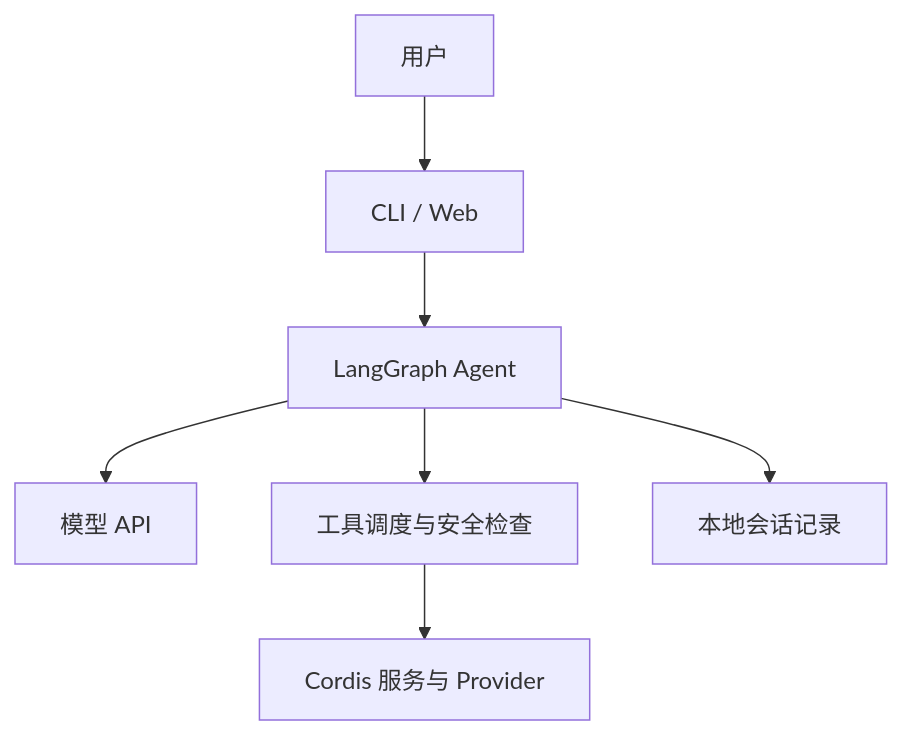
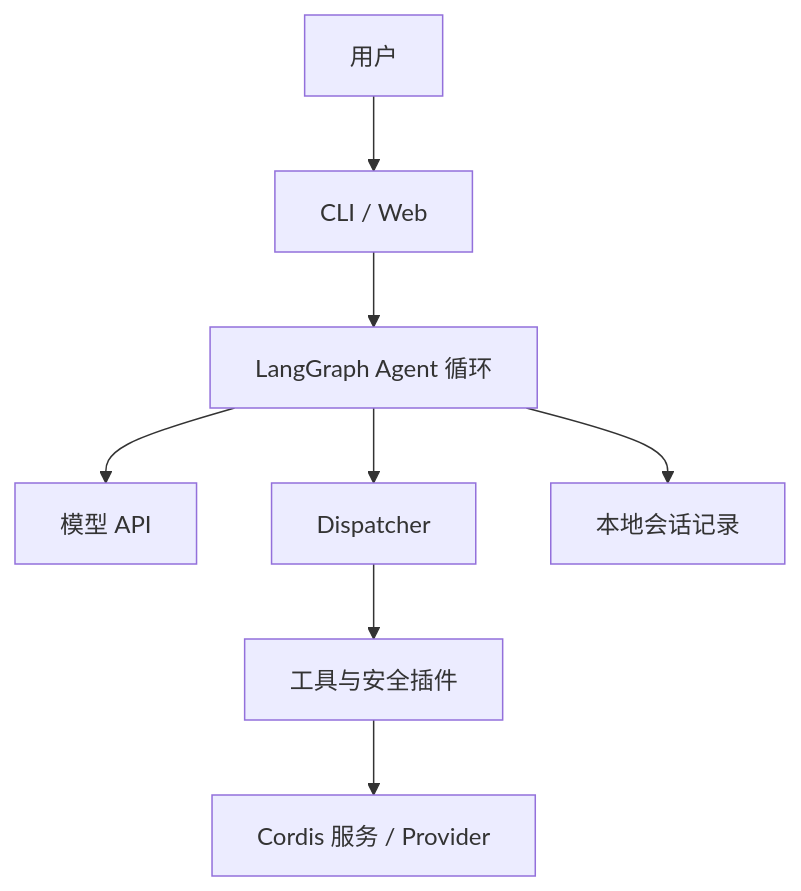
Before and after one commit to Norway-Norge/SA: the first of 2 diagrams in README.md, drawn with Mermaid. The commit also changed other lines of this file, not shown here.

Commit message:
Correct architecture documentation

````diff
--- a/README.md
+++ b/README.md
@@ -52,9 +52,10 @@
 ```mermaid
 flowchart TD
     User[用户] --> UI[CLI / Web]
-    UI --> Agent[LangGraph Agent]
+    UI --> Agent[LangGraph Agent 循环]
     Agent --> Model[模型 API]
-    Agent --> Dispatcher[工具调度与安全检查]
-    Dispatcher --> Services[Cordis 服务与 Provider]
+    Agent --> Dispatcher[Dispatcher]
+    Dispatcher --> Plugins[工具与安全插件]
+    Plugins --> Services[Cordis 服务 / Provider]
     Agent --> Session[本地会话记录]
 ```
````
